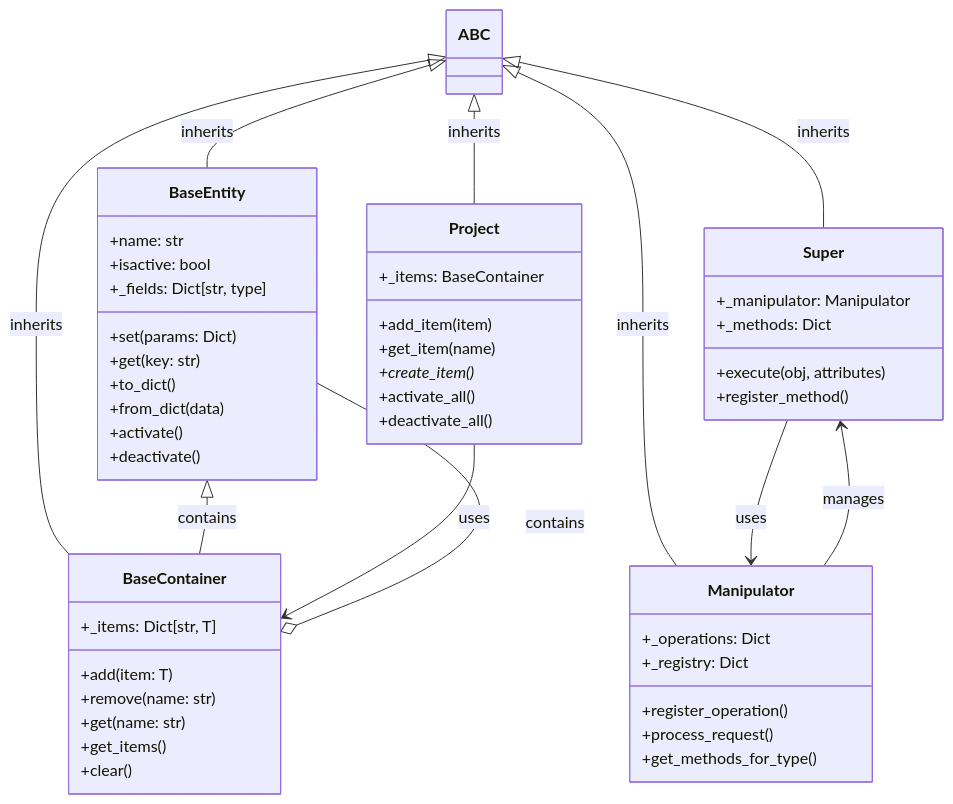
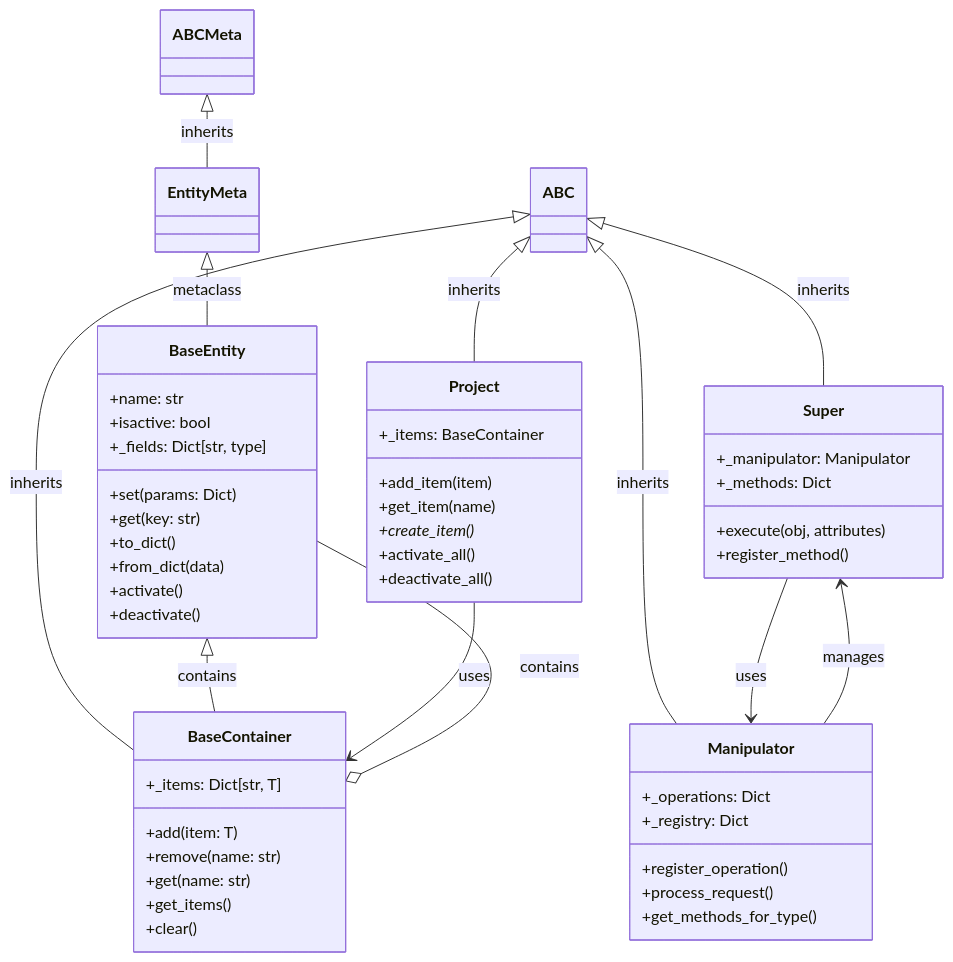
The second of 12 diagrams in docs/diagrams.md (Torward1024/MSB), drawn with Mermaid before and after one commit. The commit also changed 7 other files, not shown here.

````diff
--- a/docs/diagrams.md
+++ b/docs/diagrams.md
@@ -58,67 +58,68 @@
 ```mermaid
 classDiagram
     direction TB
 
     %% Abstract Base Classes
-    ABC <|-- BaseEntity : inherits
-    ABC <|-- BaseContainer : inherits
-    ABC <|-- Super : inherits
-    ABC <|-- Project : inherits
-    ABC <|-- Manipulator : inherits
+     ABCMeta <|-- EntityMeta : inherits
+     EntityMeta <|-- BaseEntity : metaclass
+     ABC <|-- BaseContainer : inherits
+     ABC <|-- Super : inherits
+     ABC <|-- Project : inherits
+     ABC <|-- Manipulator : inherits
 
     %% Base Layer
     BaseEntity <|-- BaseContainer : contains
 
     class BaseEntity {
         +name: str
         +isactive: bool
         +_fields: Dict[str, type]
         +set(params: Dict)
         +get(key: str)
         +to_dict()
         +from_dict(data)
         +activate()
         +deactivate()
     }
 
     class BaseContainer {
         +_items: Dict[str, T]
         +add(item: T)
         +remove(name: str)
         +get(name: str)
         +get_items()
         +clear()
     }
 
     %% Super Layer
     class Super {
         +_manipulator: Manipulator
         +_methods: Dict
         +execute(obj, attributes)
         +register_method()
     }
 
     class Project {
         +_items: BaseContainer
         +add_item(item)
         +get_item(name)
         +create_item()*
         +activate_all()
         +deactivate_all()
     }
 
     %% Mega Layer
     class Manipulator {
         +_operations: Dict
         +_registry: Dict
         +register_operation()
         +process_request()
         +get_methods_for_type()
     }
 
     %% Relationships
     Super --> Manipulator : uses
     Project --> BaseContainer : uses
     Manipulator --> Super : manages
     BaseContainer o-- BaseEntity : contains
 ```
````
